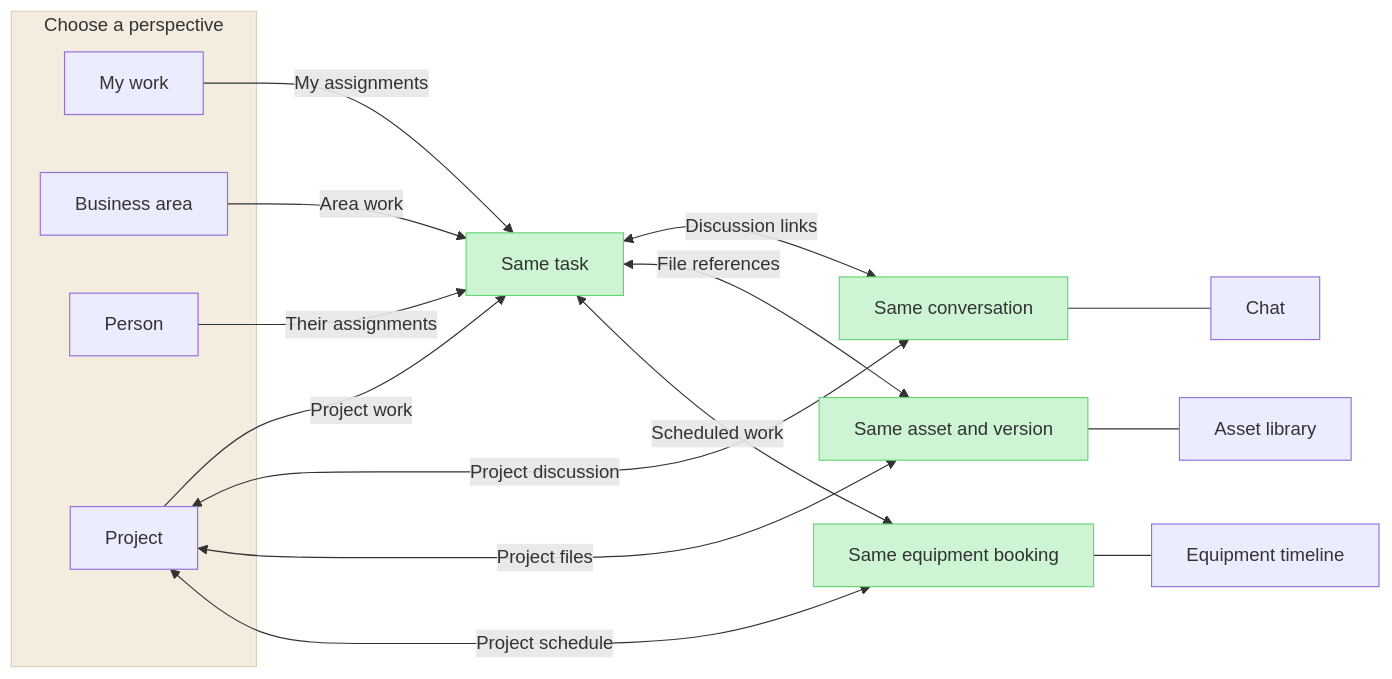
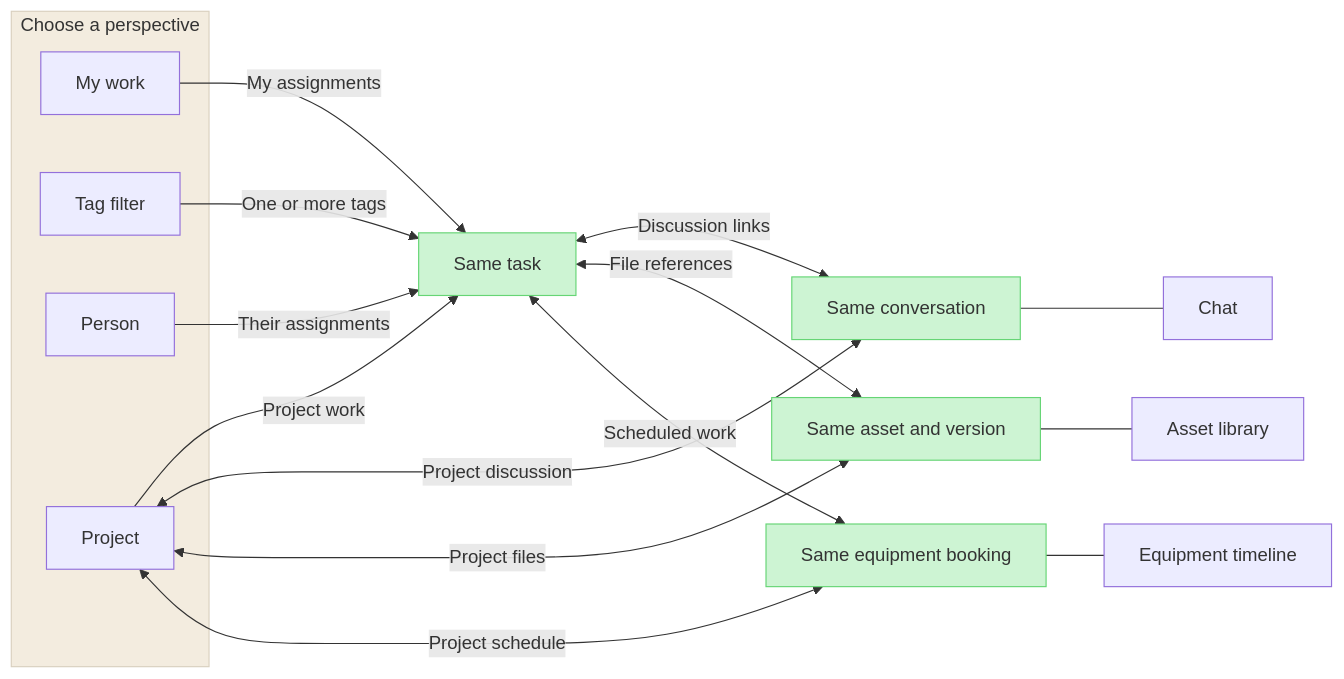
One commit to SomedaySomehowBeer/askthecaptain changed the diagram in docs/proposals/assets/captain-mobile-2026-09-22/relationships.mmd. Above: the diagram before and after it, drawn with Mermaid. The commit also changed 39 other files, not shown here.

```diff
--- a/docs/proposals/assets/captain-mobile-2026-09-22/relationships.mmd
+++ b/docs/proposals/assets/captain-mobile-2026-09-22/relationships.mmd
@@ -1,24 +1,24 @@
 flowchart LR
   subgraph perspectives["Choose a perspective"]
     day["My work"]
-    area["Business area"]
+    tags["Tag filter"]
     person["Person"]
     project["Project"]
   end
   day -->|"My assignments"| task["Same task"]
-  area -->|"Area work"| task
+  tags -->|"One or more tags"| task
   person -->|"Their assignments"| task
   project -->|"Project work"| task
   task <-->|"Discussion links"| discussion["Same conversation"]
   project <-->|"Project discussion"| discussion
   task <-->|"File references"| asset["Same asset and version"]
   project <-->|"Project files"| asset
   task <-->|"Scheduled work"| booking["Same equipment booking"]
   project <-->|"Project schedule"| booking
   discussion --- chat["Chat"]
   asset --- library["Asset library"]
   booking --- timeline["Equipment timeline"]
 
   style perspectives fill:#f3ecdf,stroke:#d9d0bf
   classDef shared fill:#CDF4D3,stroke:#66D575
   class task,discussion,asset,booking shared
```
